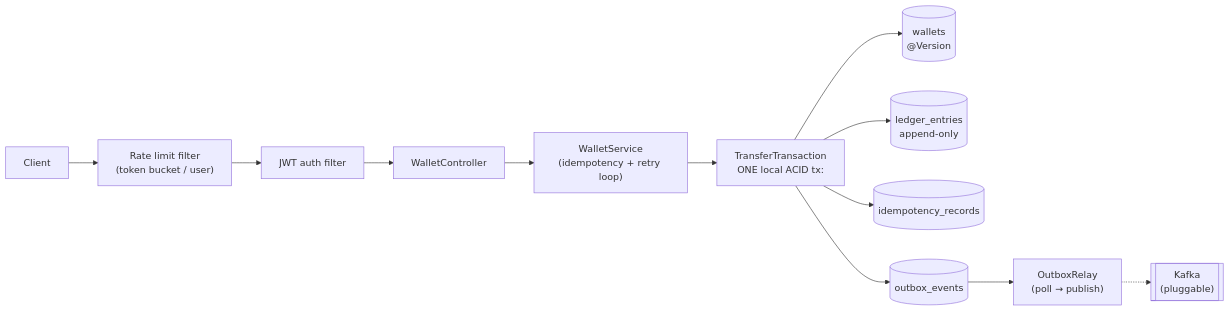
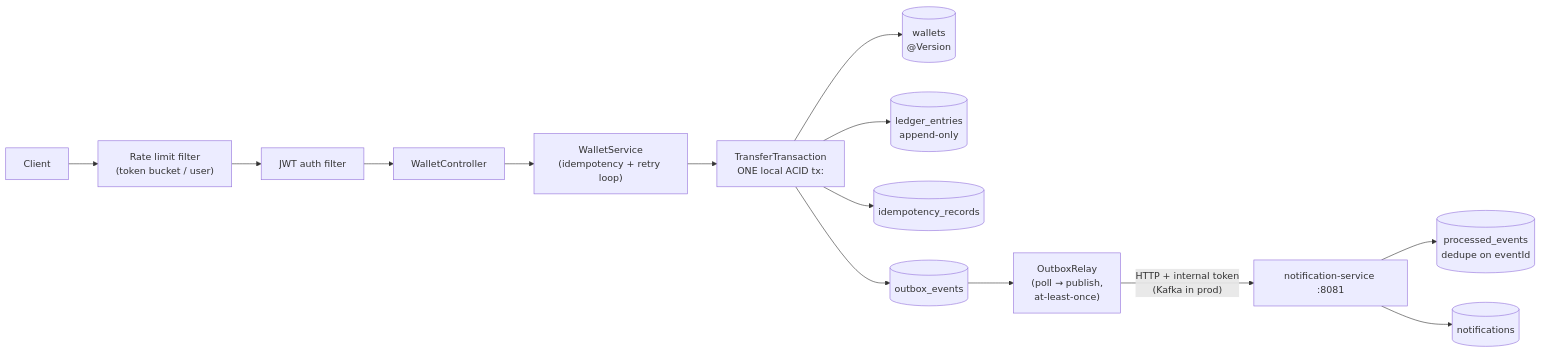
The diagram in README.md (patil2001/payflow), drawn with Mermaid before and after one commit. The commit also changed other lines of this file and 14 other files, not shown here.

First line of the commit message:
Add notification-service microservice: consumes outbox events via HTTP, idempotent consumer with eventId dedup

````diff
--- a/README.md
+++ b/README.md
@@ -20,13 +20,16 @@
 ```mermaid
 flowchart LR
     C["Client"] --> RL["Rate limit filter<br/>(token bucket / user)"]
     RL --> JWT["JWT auth filter"]
     JWT --> API["WalletController"]
     API --> SVC["WalletService<br/>(idempotency + retry loop)"]
     SVC --> TX["TransferTransaction<br/>ONE local ACID tx:"]
     TX --> W[("wallets<br/>@Version")]
     TX --> L[("ledger_entries<br/>append-only")]
     TX --> I[("idempotency_records")]
     TX --> O[("outbox_events")]
-    O --> R["OutboxRelay<br/>(poll → publish)"] -.-> K[["Kafka<br/>(pluggable)"]]
+    O --> R["OutboxRelay<br/>(poll → publish,<br/>at-least-once)"]
+    R -->|"HTTP + internal token<br/>(Kafka in prod)"| NS["notification-service :8081"]
+    NS --> PE[("processed_events<br/>dedupe on eventId")]
+    NS --> N[("notifications")]
 ```
````
